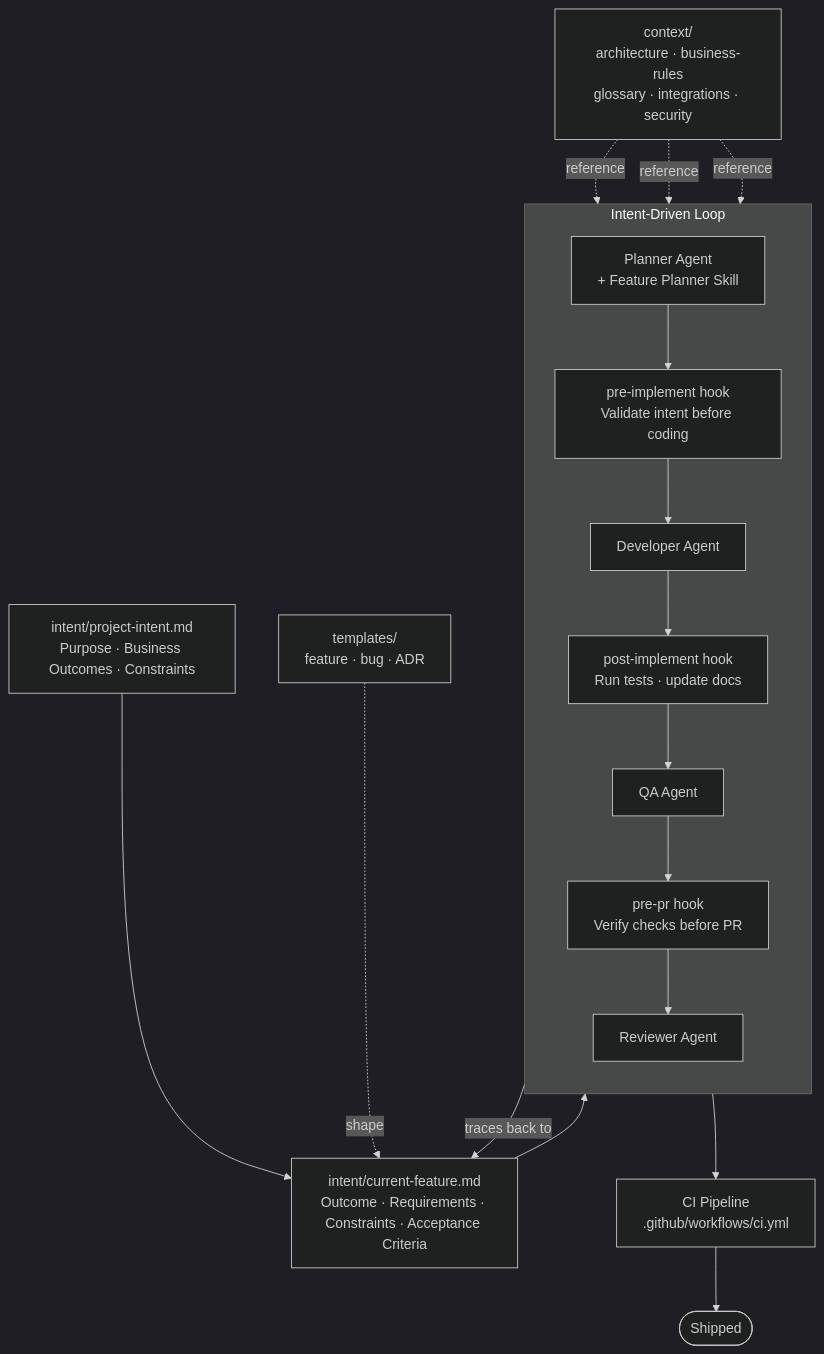
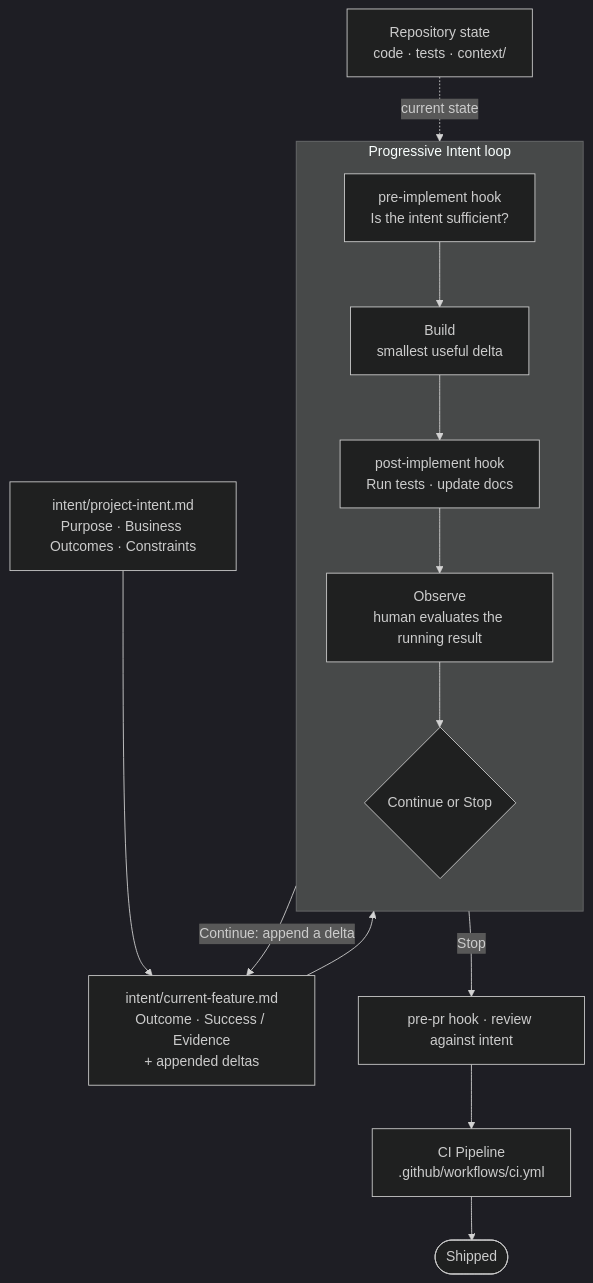
One commit to kendallmark3/intent-drive-starter changed the diagram in README.md. Above: the diagram before and after it, drawn with Mermaid (dark theme). The commit also changed other lines of this file and 25 other files, not shown here.

First line of the commit message:
Make Progressive Intent the default and ship the starter as a plugin

````diff
--- a/README.md
+++ b/README.md
@@ -32,34 +112,26 @@
 ```mermaid
 flowchart TD
     PI["intent/project-intent.md<br/>Purpose · Business Outcomes · Constraints"]
-    CF["intent/current-feature.md<br/>Outcome · Requirements · Constraints · Acceptance Criteria"]
+    CF["intent/current-feature.md<br/>Outcome · Success / Evidence<br/>+ appended deltas"]
+    REPO["Repository state<br/>code · tests · context/"]
 
     PI --> CF
 
-    subgraph Loop["Intent-Driven Loop"]
+    subgraph Loop["Progressive Intent loop"]
         direction TB
-        PLAN["Planner Agent<br/>+ Feature Planner Skill"]
-        PRE["pre-implement hook<br/>Validate intent before coding"]
-        DEV["Developer Agent"]
+        PRE["pre-implement hook<br/>Is the intent sufficient?"]
+        BUILD["Build<br/>smallest useful delta"]
         POST["post-implement hook<br/>Run tests · update docs"]
-        QA["QA Agent"]
-        PREPR["pre-pr hook<br/>Verify checks before PR"]
-        REV["Reviewer Agent"]
+        OBS["Observe<br/>human evaluates the running result"]
+        DEC{"Continue or Stop"}
 
-        PLAN --> PRE --> DEV --> POST --> QA --> PREPR --> REV
+        PRE --> BUILD --> POST --> OBS --> DEC
     end
 
-    CF --> PLAN
-    REV -->|"traces back to"| CF
-
-    CTX["context/<br/>architecture · business-rules<br/>glossary · integrations · security"]
-    TPL["templates/<br/>feature · bug · ADR"]
-
-    CTX -.->|reference| DEV
-    CTX -.->|reference| QA
-    CTX -.->|reference| REV
-    TPL -.->|shape| CF
-
-    REV --> CI["CI Pipeline<br/>.github/workflows/ci.yml"]
+    CF --> PRE
+    REPO -.->|current state| BUILD
+    DEC -->|"Continue: append a delta"| CF
+    DEC -->|Stop| PREPR["pre-pr hook · review against intent"]
+    PREPR --> CI["CI Pipeline<br/>.github/workflows/ci.yml"]
     CI --> SHIP(["Shipped"])
 ```
````
